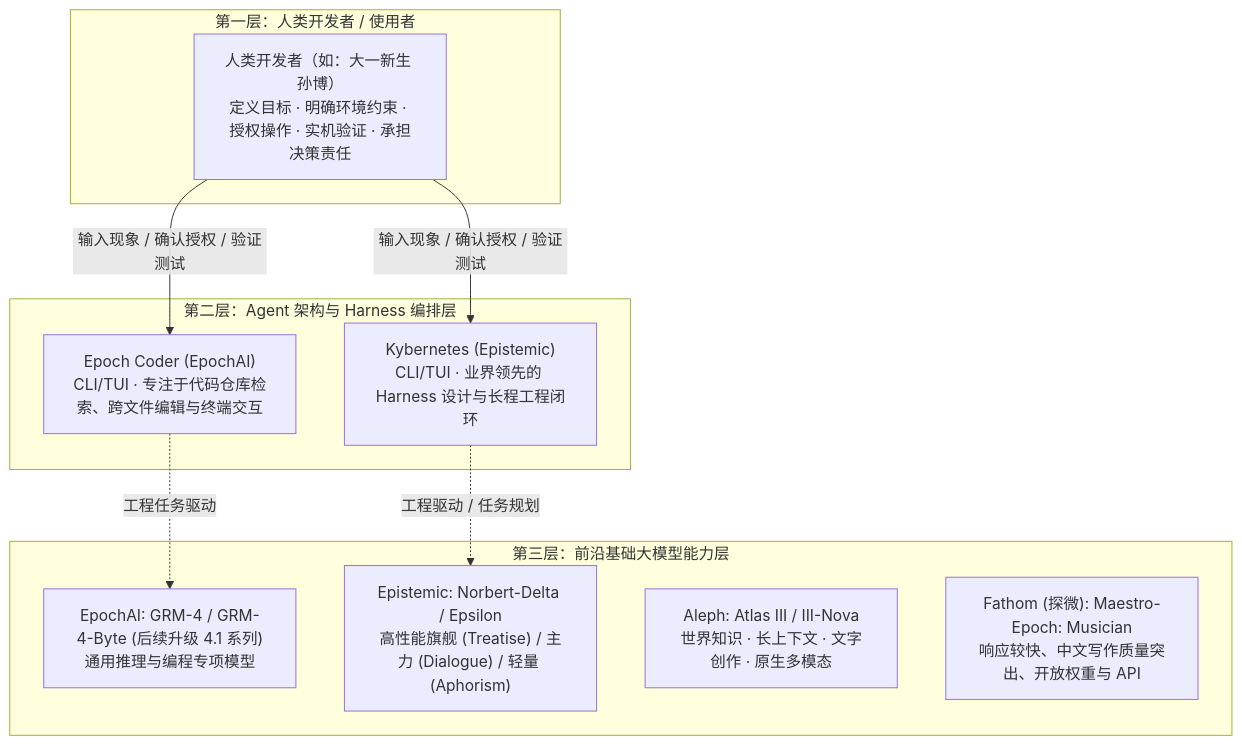
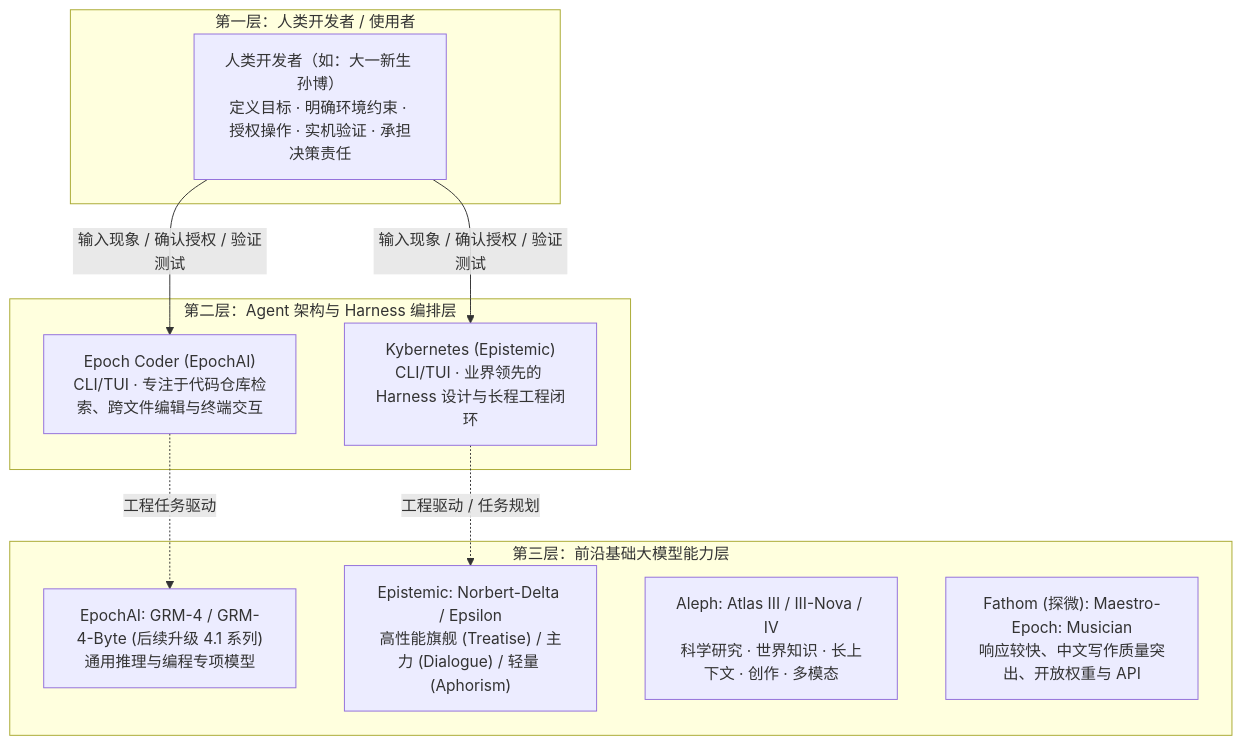
Before and after one commit to bobo5229/oh-my-daydream: the diagram in characters/sun-bo/maestro/lore.md, drawn with Mermaid. The commit also changed other lines of this file, not shown here.

Commit message:
docs(maestro): establish Atlas IV research SOTA and rebalance Nova

````diff
--- a/characters/sun-bo/maestro/lore.md
+++ b/characters/sun-bo/maestro/lore.md
@@ -21,22 +21,22 @@
 ```mermaid
 flowchart TD
     subgraph Layer1["第一层：人类开发者 / 使用者"]
         User["人类开发者（如：大一新生 孙博）<br/>定义目标 · 明确环境约束 · 授权操作 · 实机验证 · 承担决策责任"]
     end
 
     subgraph Layer2["第二层：Agent 架构与 Harness 编排层"]
         KC["Kybernetes (Epistemic)<br/>CLI/TUI · 业界领先的 Harness 设计与长程工程闭环"]
         EC["Epoch Coder (EpochAI)<br/>CLI/TUI · 专注于代码仓库检索、跨文件编辑与终端交互"]
     end
 
     subgraph Layer3["第三层：前沿基础大模型能力层"]
         M1["EpochAI: GRM-4 / GRM-4-Byte (后续升级 4.1 系列)<br/>通用推理与编程专项模型"]
         M2["Epistemic: Norbert-Delta / Epsilon<br/>高性能旗舰 (Treatise) / 主力 (Dialogue) / 轻量 (Aphorism)"]
-        M3["Aleph: Atlas III / III-Nova<br/>世界知识 · 长上下文 · 文字创作 · 原生多模态"]
+        M3["Aleph: Atlas III / III-Nova / IV<br/>科学研究 · 世界知识 · 长上下文 · 创作 · 多模态"]
         M4["Fathom (探微): Maestro-Epoch: Musician<br/>响应较快、中文写作质量突出、开放权重与 API"]
     end
 
     User -->|"输入现象 / 确认授权 / 验证测试"| KC & EC
     KC -.->|"工程驱动 / 任务规划"| M2
     EC -.->|"工程任务驱动"| M1
 ```
````
